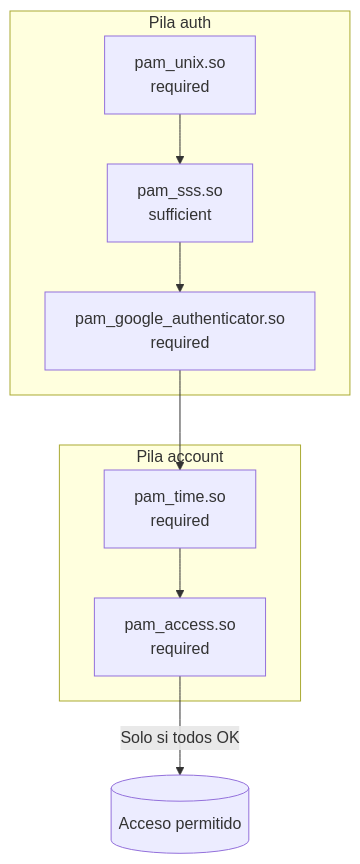
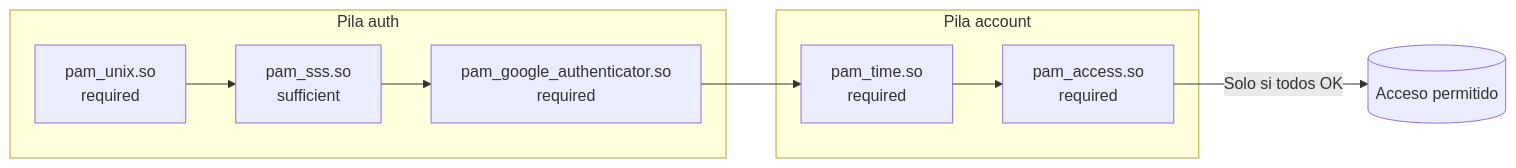
The third of 3 diagrams in docs/UD3/pam.md (jmarlu/ASO), drawn with Mermaid before and after one commit. The commit also changed other lines of this file and 24 other files, not shown here.

````diff
--- a/docs/UD3/pam.md
+++ b/docs/UD3/pam.md
@@ -106,14 +110,14 @@
 ```mermaid
-flowchart TD
+graph LR
     subgraph Pila auth
         A[pam_unix.so<br>required]
         B[pam_sss.so<br>sufficient]
         C[pam_google_authenticator.so<br>required]
     end
     subgraph Pila account
         D[pam_time.so<br>required]
         E[pam_access.so<br>required]
     end
     A --> B --> C --> D --> E
     E -->|Solo si todos OK| Resultado[(Acceso permitido)]
 ```
````
